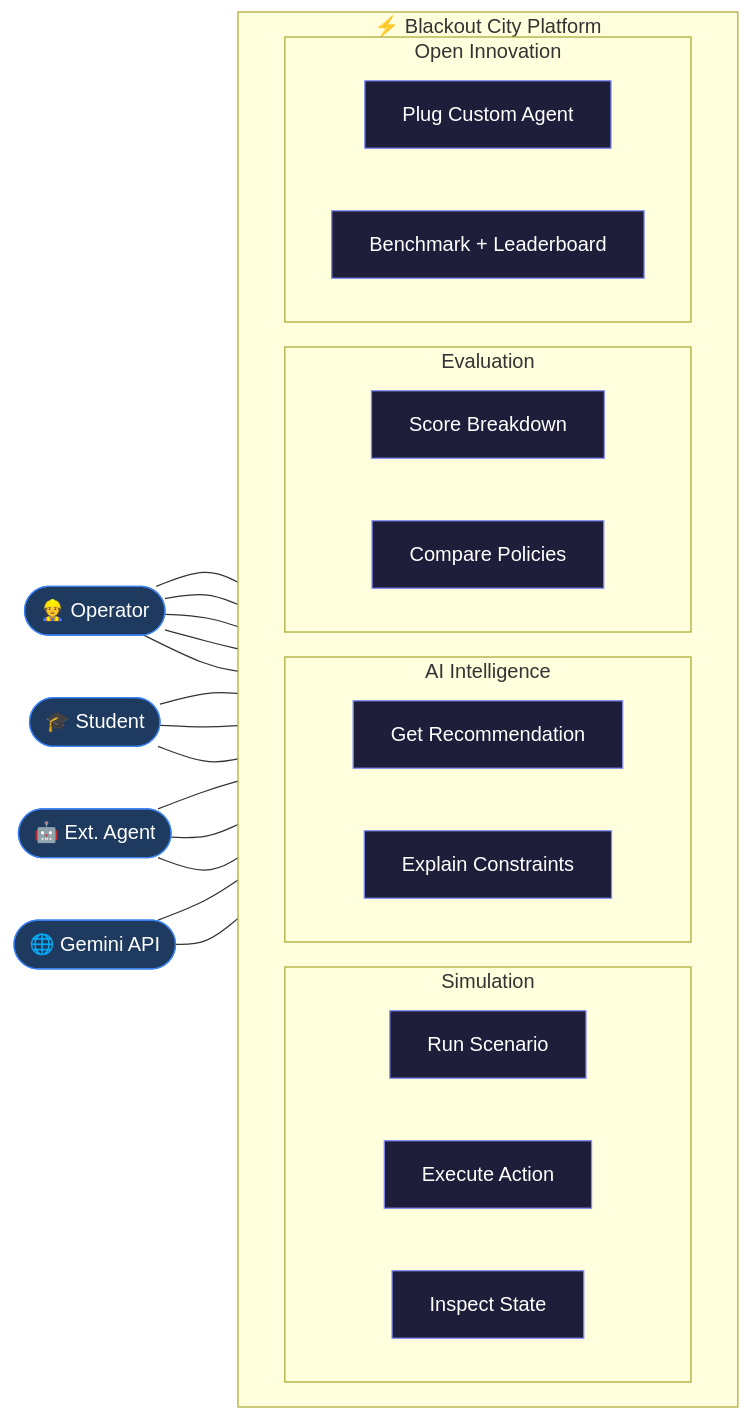
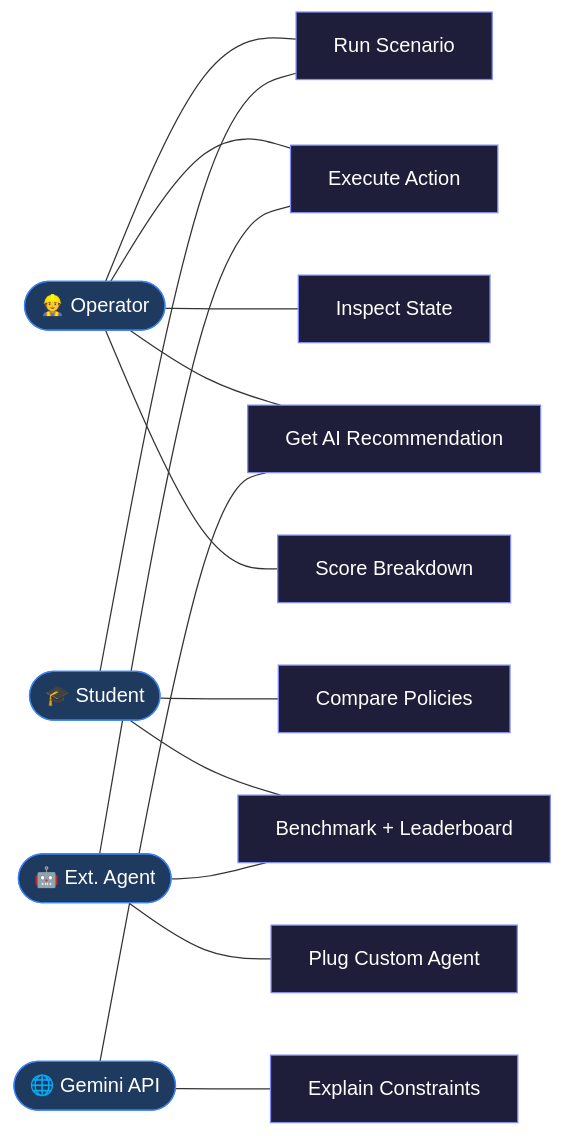
Before and after one commit to Ankitpatil944/blackout-city: the third of 5 diagrams in README.md, drawn with Mermaid.

Commit message:
docs: fix use-case diagram to render horizontally
Made-with: Cursor

````diff
--- a/README.md
+++ b/README.md
@@ -199,36 +199,26 @@
 ```mermaid
 flowchart LR
     classDef actor fill:#1e3a5f,stroke:#3b82f6,color:#fff
     classDef uc    fill:#1e1e3a,stroke:#818cf8,color:#fff
+    classDef grp   fill:#0f172a,stroke:#334155,color:#94a3b8
 
     OP(["👷 Operator"]):::actor
     STU(["🎓 Student"]):::actor
     EXT(["🤖 Ext. Agent"]):::actor
     GEM(["🌐 Gemini API"]):::actor
 
-    subgraph SYS["  ⚡ Blackout City Platform  "]
-        direction LR
-        subgraph SIM["Simulation"]
-            UC1["Run Scenario"]:::uc
-            UC2["Execute Action"]:::uc
-            UC3["Inspect State"]:::uc
-        end
-        subgraph AI["AI Intelligence"]
-            UC4["Get Recommendation"]:::uc
-            UC5["Explain Constraints"]:::uc
-        end
-        subgraph EVAL["Evaluation"]
-            UC6["Score Breakdown"]:::uc
-            UC7["Compare Policies"]:::uc
-        end
-        subgraph OI["Open Innovation"]
-            UC8["Plug Custom Agent"]:::uc
-            UC9["Benchmark + Leaderboard"]:::uc
-        end
-    end
+    UC1["Run Scenario"]:::uc
+    UC2["Execute Action"]:::uc
+    UC3["Inspect State"]:::uc
+    UC4["Get AI Recommendation"]:::uc
+    UC5["Explain Constraints"]:::uc
+    UC6["Score Breakdown"]:::uc
+    UC7["Compare Policies"]:::uc
+    UC8["Plug Custom Agent"]:::uc
+    UC9["Benchmark + Leaderboard"]:::uc
 
     OP --- UC1 & UC2 & UC3 & UC4 & UC6
     STU --- UC1 & UC7 & UC9
     EXT --- UC8 & UC2 & UC9
     GEM --- UC4 & UC5
 ```
````
